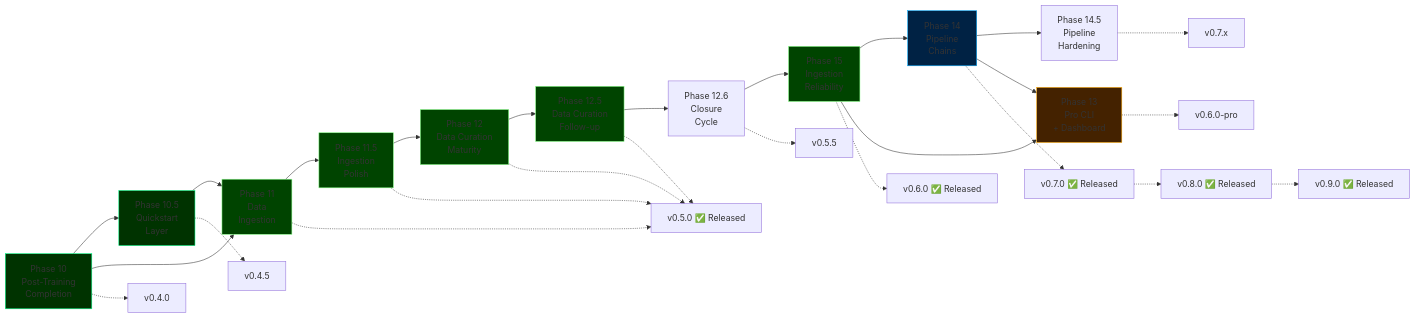
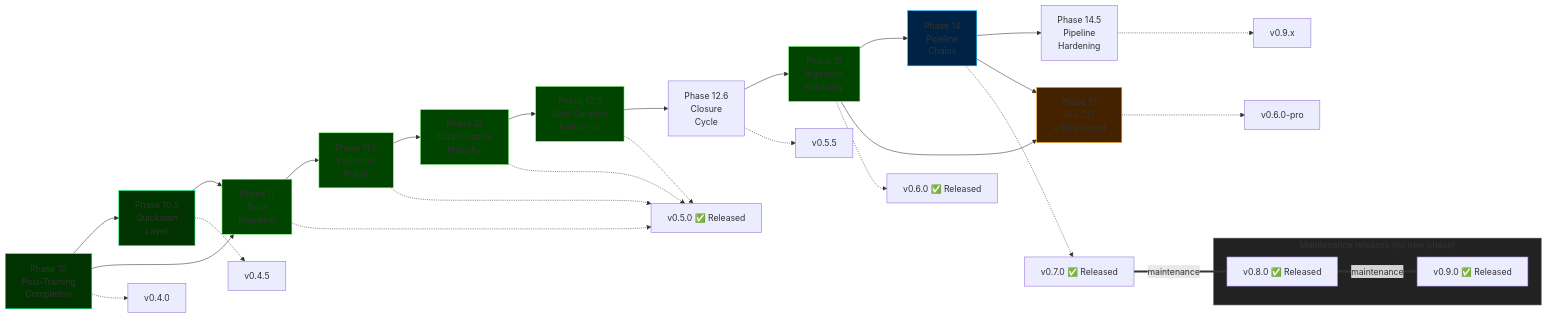
One commit to HodeTech/ForgeLM changed the diagram in docs/roadmap.md. Above: the diagram before and after it, drawn with Mermaid. The commit also changed other lines of this file and 16 other files, not shown here.

````diff
--- a/docs/roadmap.md
+++ b/docs/roadmap.md
@@ -50,39 +50,46 @@
 ```mermaid
 graph LR
     P10[Phase 10<br/>Post-Training<br/>Completion] --> P105[Phase 10.5<br/>Quickstart<br/>Layer]
     P10 --> P11[Phase 11<br/>Data<br/>Ingestion]
     P105 --> P11
     P11 --> P115[Phase 11.5<br/>Ingestion<br/>Polish]
     P115 --> P12[Phase 12<br/>Data Curation<br/>Maturity]
     P12 --> P125[Phase 12.5<br/>Data Curation<br/>Follow-up]
     P125 --> P126[Phase 12.6<br/>Closure<br/>Cycle]
     P126 --> P15[Phase 15<br/>Ingestion<br/>Reliability]
     P15 --> P14[Phase 14<br/>Pipeline<br/>Chains]
     P14 --> P145[Phase 14.5<br/>Pipeline<br/>Hardening]
     P14 --> P13[Phase 13<br/>Pro CLI<br/>+ Dashboard]
     P15 --> P13
 
     P10 -.-> V1[v0.4.0]
     P105 -.-> V15[v0.4.5]
     P11 -.-> V2[v0.5.0 ✅ Released]
     P115 -.-> V2
     P12 -.-> V2
     P125 -.-> V2
     P126 -.-> V25[v0.5.5]
     P15 -.-> V23[v0.6.0 ✅ Released]
     P14 -.-> V27[v0.7.0 ✅ Released]
-    V27 -.-> V28[v0.8.0 ✅ Released]
-    V28 -.-> V29[v0.9.0 ✅ Released]
-    P145 -.-> V275[v0.7.x]
+    P145 -.-> V275[v0.9.x]
     P13 -.-> V3[v0.6.0-pro]
+
+    subgraph MAINT["Maintenance releases (no new phase)"]
+        V28[v0.8.0 ✅ Released]
+        V29[v0.9.0 ✅ Released]
+    end
+
+    V27 ==>|maintenance| V28
+    V28 ==>|maintenance| V29
 
     style P10 fill:#003300,stroke:#00ff88
     style P105 fill:#003300,stroke:#00ff88
     style P11 fill:#004400,stroke:#88ff88
     style P115 fill:#004400,stroke:#88ff88
     style P12 fill:#004400,stroke:#88ff88
     style P125 fill:#004400,stroke:#88ff88
     style P15 fill:#004400,stroke:#88ff88
     style P14 fill:#002244,stroke:#00aaff
     style P13 fill:#442200,stroke:#ffaa00
+    style MAINT fill:#222222,stroke:#888888
 ```
````
